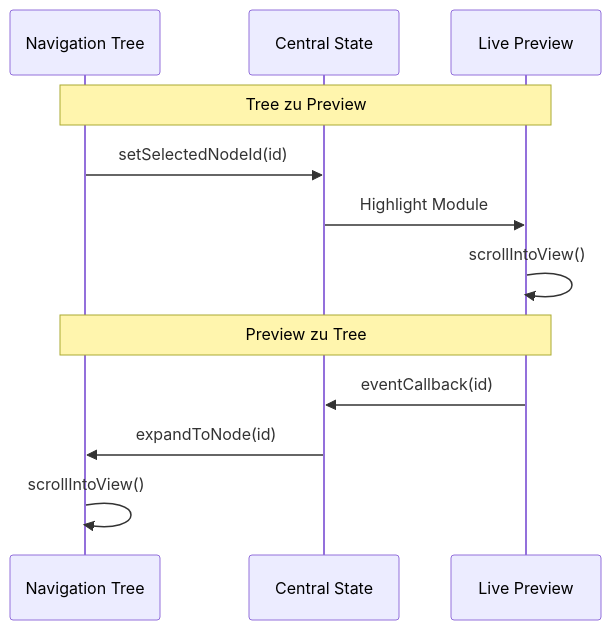
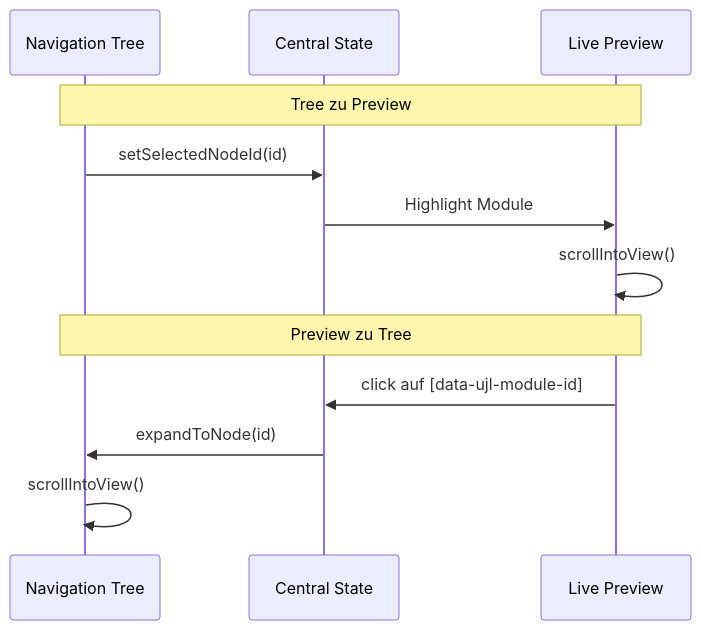
One commit to mainzcript/ujl changed the seventh of 10 diagrams in apps/docs/src/arc42/08-crosscutting-concepts.md. Above: the diagram before and after it, drawn with Mermaid. The commit also changed other lines of this file and 10 other files, not shown here.

Commit message:
refactor: update architecture documentation to clarify UJL's structure, including detailed descriptions of content and design separation, image storage strategies, and the role of the Crafter in editor workflows, while enhancing overall clarity and consistency across sections

````diff
--- a/apps/docs/src/arc42/08-crosscutting-concepts.md
+++ b/apps/docs/src/arc42/08-crosscutting-concepts.md
@@ -704,16 +528,16 @@
 ```mermaid
 sequenceDiagram
     participant Tree as Navigation Tree
     participant State as Central State
     participant Preview as Live Preview
 
     Note over Tree,Preview: Tree zu Preview
     Tree->>State: setSelectedNodeId(id)
     State->>Preview: Highlight Module
     Preview->>Preview: scrollIntoView()
 
     Note over Tree,Preview: Preview zu Tree
-    Preview->>State: eventCallback(id)
+    Preview->>State: click auf [data-ujl-module-id]
     State->>Tree: expandToNode(id)
     Tree->>Tree: scrollIntoView()
 ```
````
